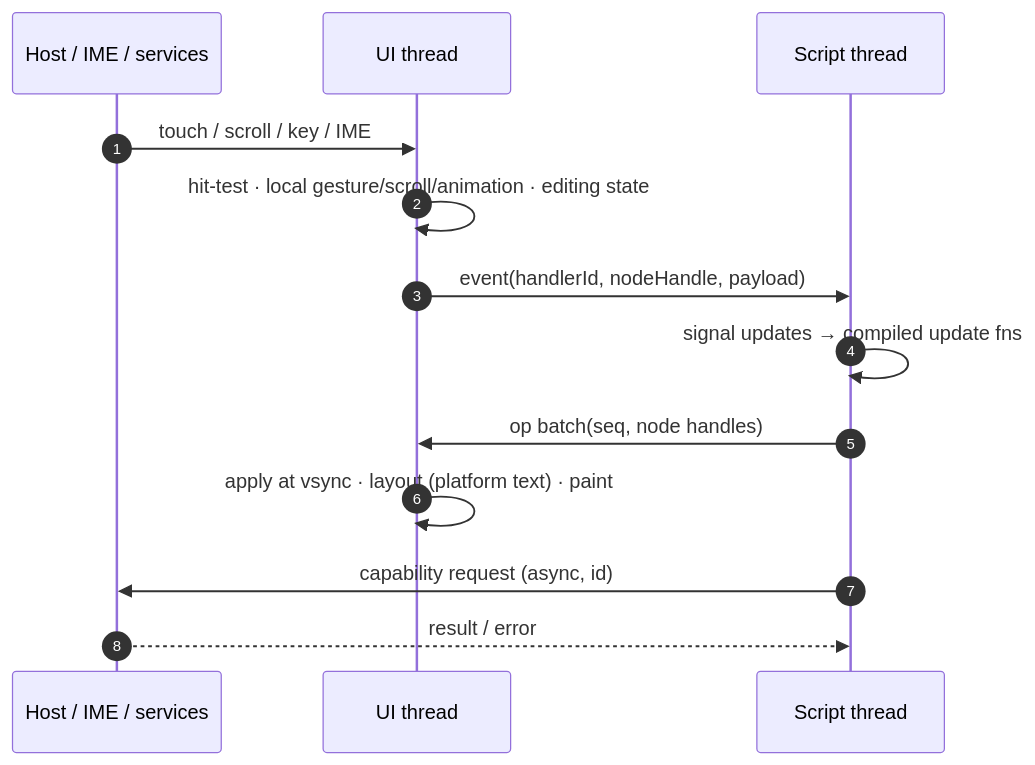
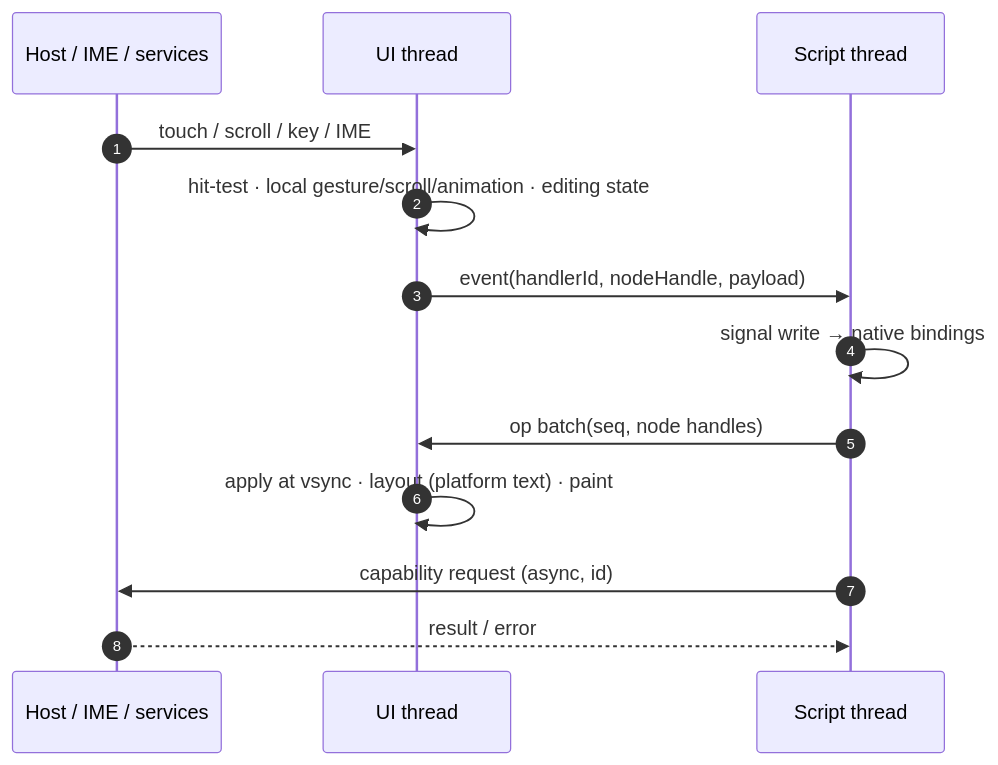
Before and after one commit to codehz/bubble-shell: the second of 2 diagrams in docs/01-overview.md, drawn with Mermaid. The commit also changed other lines of this file and 4 other files, not shown here.

````diff
--- a/docs/01-overview.md
+++ b/docs/01-overview.md
@@ -79,16 +79,16 @@
 ```mermaid
 sequenceDiagram
   autonumber
   participant H as Host / IME / services
   participant U as UI thread
   participant J as Script thread
 
   H->>U: touch / scroll / key / IME
   U->>U: hit-test · local gesture/scroll/animation · editing state
   U->>J: event(handlerId, nodeHandle, payload)
-  J->>J: signal updates → compiled update fns
+  J->>J: signal write → native bindings
   J->>U: op batch(seq, node handles)
   U->>U: apply at vsync · layout (platform text) · paint
   J->>H: capability request (async, id)
   H-->>J: result / error
 ```
````
